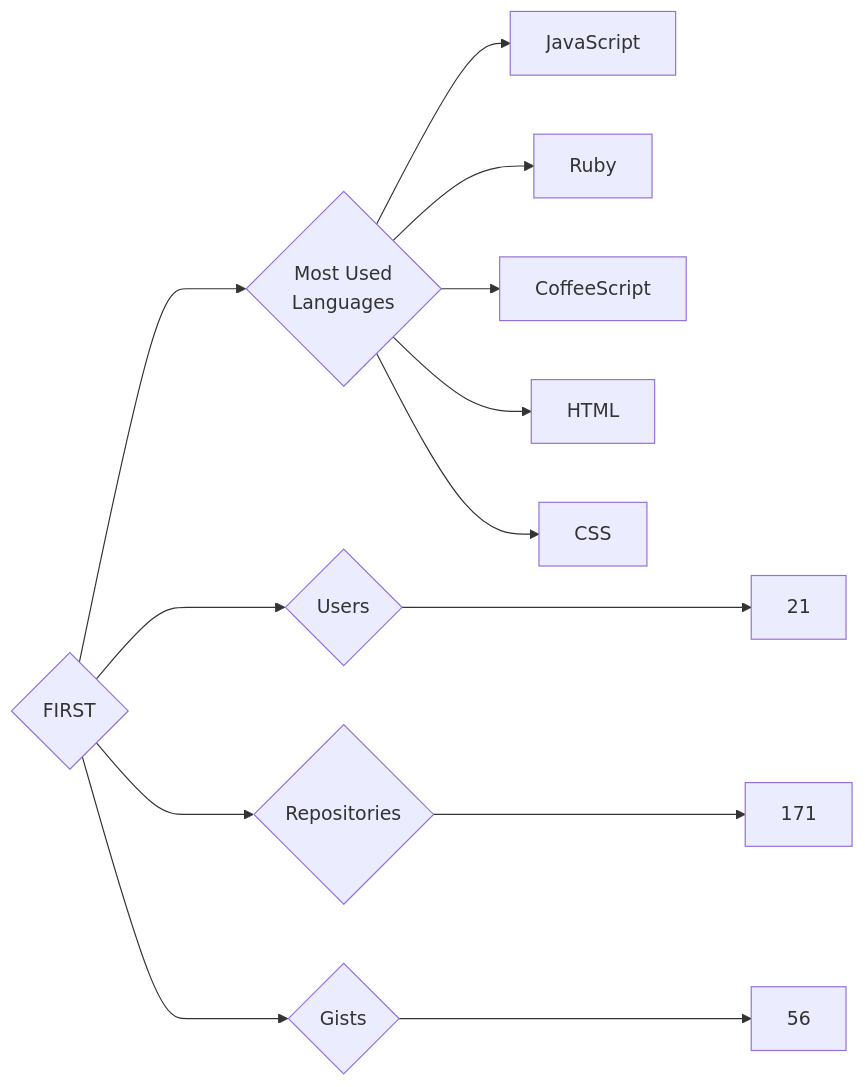
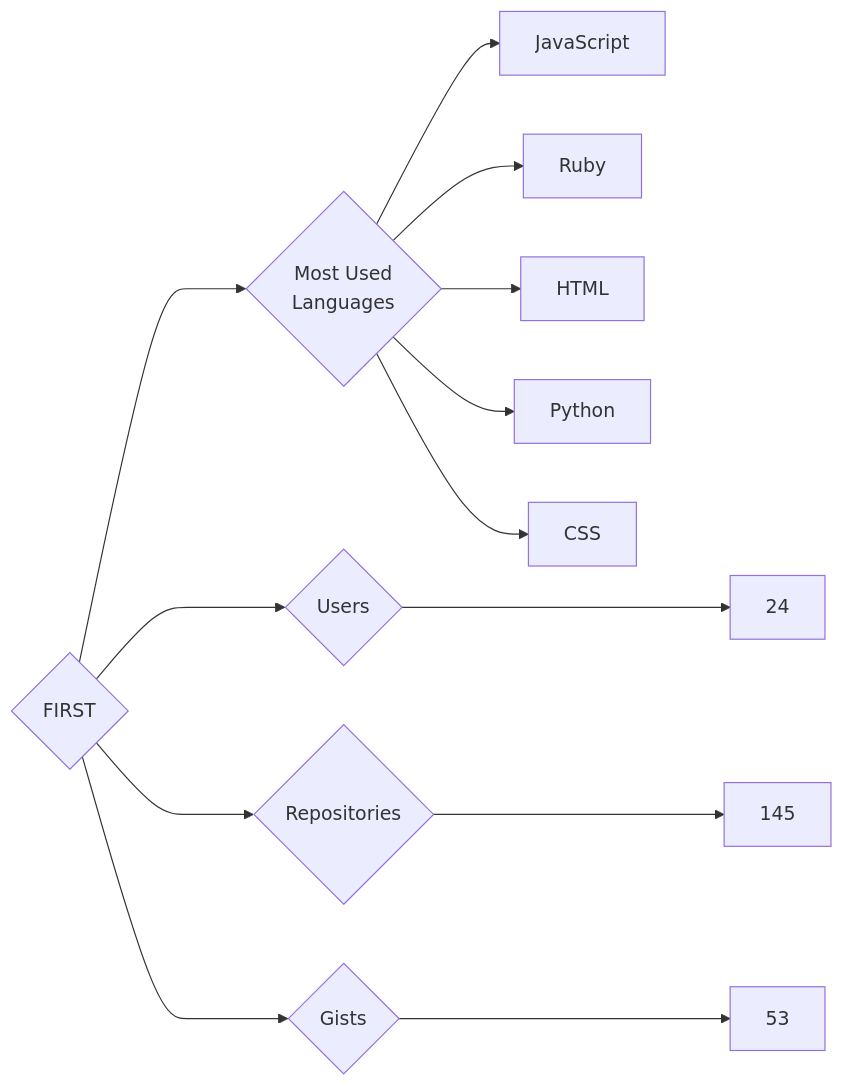
One commit to trickest/insiders changed the diagram in targets/FIRST/README.md. Above: the diagram before and after it, drawn with Mermaid. The commit also changed 721 other files, not shown here.

````diff
--- a/targets/FIRST/README.md
+++ b/targets/FIRST/README.md
@@ -3,13 +3,13 @@
 ```mermaid
 graph LR
 COMPANY_NAME{FIRST}
-COMPANY_NAME ---> U{Users} ---> UN[21]
-COMPANY_NAME ---> R{Repositories} ---> RN[171]
-COMPANY_NAME ---> G{Gists} ---> GN[56]
+COMPANY_NAME ---> U{Users} ---> UN[24]
+COMPANY_NAME ---> R{Repositories} ---> RN[145]
+COMPANY_NAME ---> G{Gists} ---> GN[53]
 COMPANY_NAME ---> ML{Most Used<br>Languages}
 ML --> JavaScript[JavaScript]
 ML --> Ruby[Ruby]
-ML --> CoffeeScript[CoffeeScript]
 ML --> HTML[HTML]
+ML --> Python[Python]
 ML --> CSS[CSS]
 ```
````
